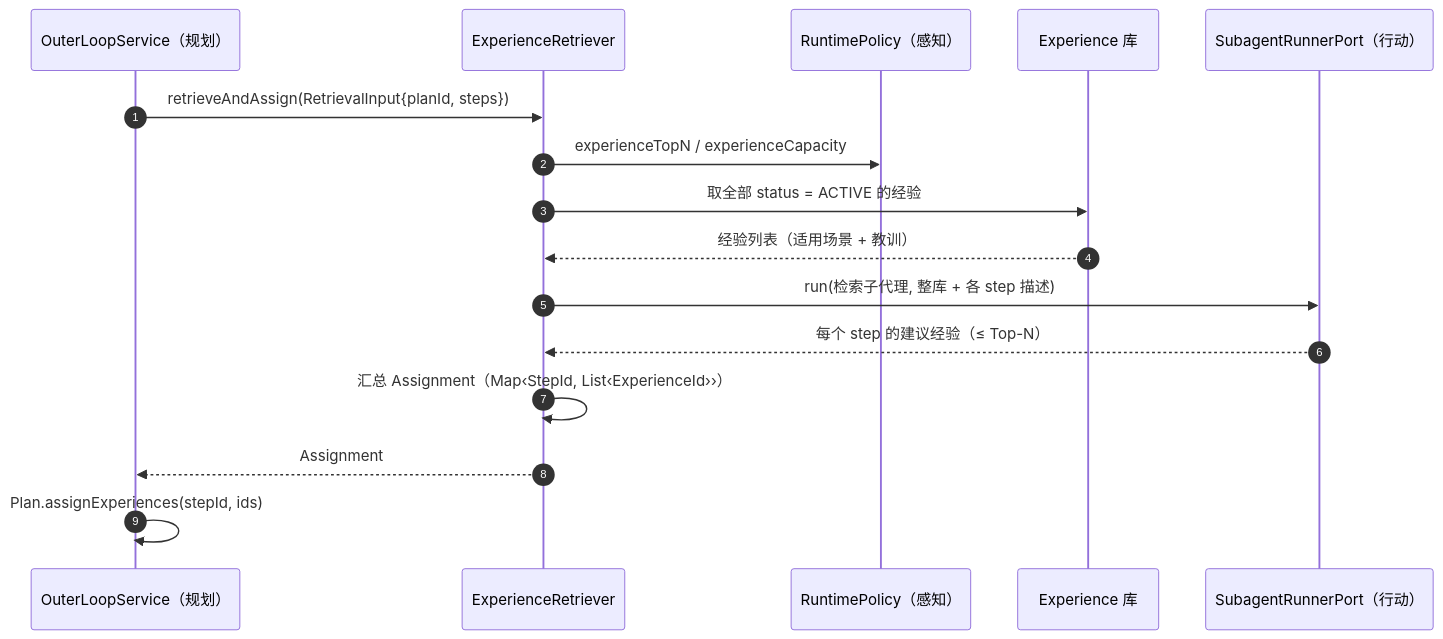
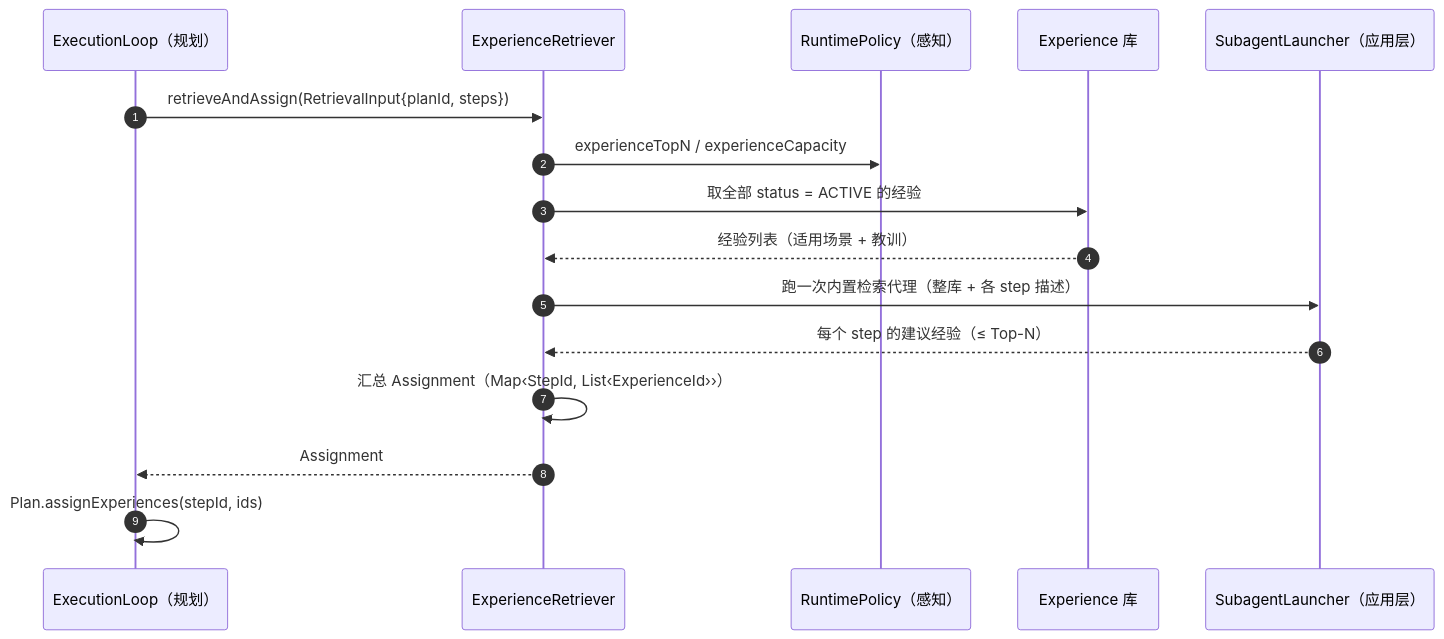
Before and after one commit to zcd0831/Jellyfish-Docs: the third of 6 diagrams in model/模块-记忆.md, drawn with Mermaid. The commit also changed other lines of this file and 9 other files, not shown here.

````diff
--- a/model/模块-记忆.md
+++ b/model/模块-记忆.md
@@ -383,19 +368,19 @@
 ```mermaid
 sequenceDiagram
     autonumber
-    participant OL as OuterLoopService（规划）
+    participant OL as ExecutionLoop（规划）
     participant R as ExperienceRetriever
     participant RP as RuntimePolicy（感知）
     participant E as Experience 库
-    participant SR as SubagentRunnerPort（行动）
+    participant SL as SubagentLauncher（应用层）
 
     OL->>R: retrieveAndAssign(RetrievalInput{planId, steps})
     R->>RP: experienceTopN / experienceCapacity
     R->>E: 取全部 status = ACTIVE 的经验
     E-->>R: 经验列表（适用场景 + 教训）
-    R->>SR: run(检索子代理, 整库 + 各 step 描述)
-    SR-->>R: 每个 step 的建议经验（≤ Top-N）
+    R->>SL: 跑一次内置检索代理（整库 + 各 step 描述）
+    SL-->>R: 每个 step 的建议经验（≤ Top-N）
     R->>R: 汇总 Assignment（Map‹StepId, List‹ExperienceId››）
     R-->>OL: Assignment
     OL->>OL: Plan.assignExperiences(stepId, ids)
 ```
````
